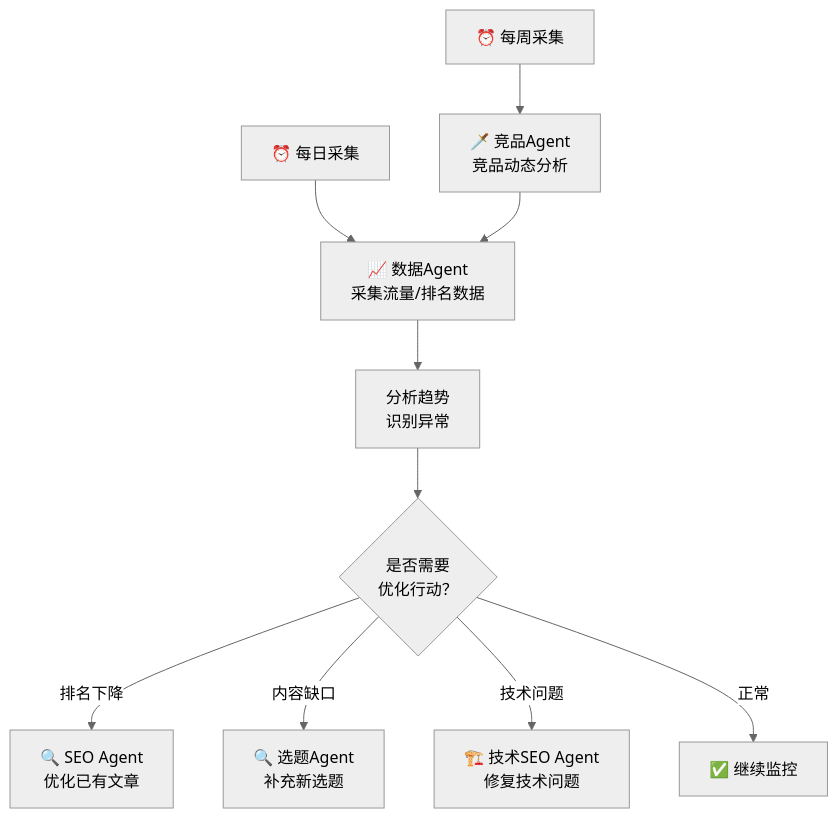
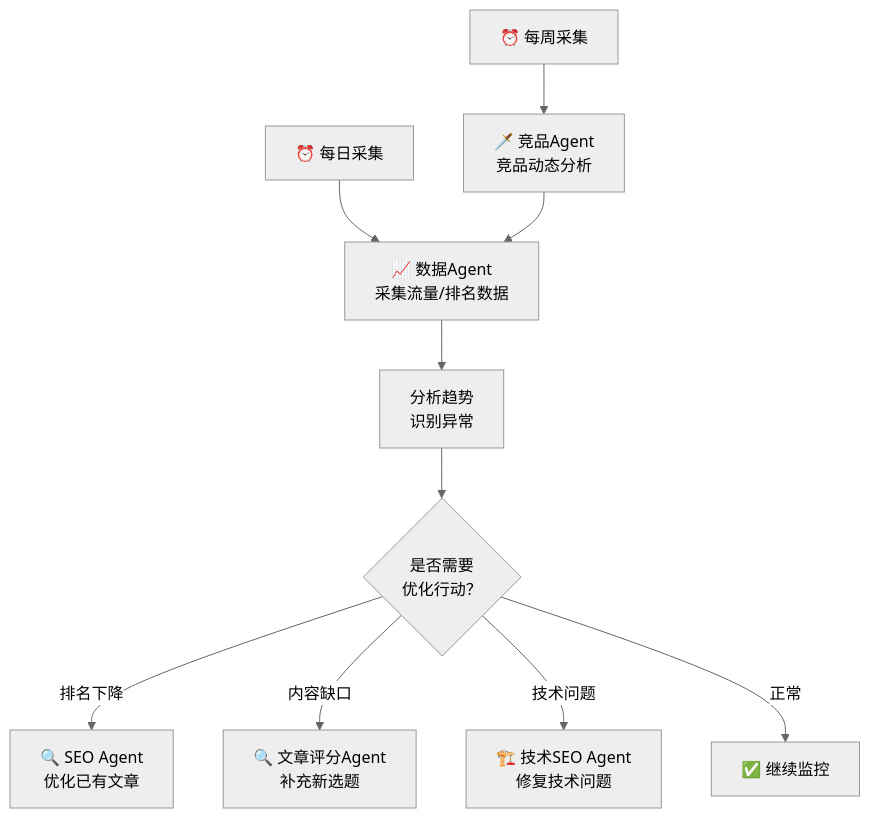
The fourth of 10 diagrams in 多Agent自动运营网站方案.md (flyingsnowzz/Multi-Agent-Automatic-Operation-Website), drawn with Mermaid (neutral theme) before and after one commit. The commit also changed other lines of this file and 49 other files, not shown here.

````diff
--- a/多Agent自动运营网站方案.md
+++ b/多Agent自动运营网站方案.md
@@ -442,13 +442,13 @@
 ```mermaid
 flowchart TB
     DAILY["⏰ 每日采集"] --> DATA["📈 数据Agent<br/>采集流量/排名数据"]
     DATA --> ANALYSIS["分析趋势<br/>识别异常"]
     ANALYSIS --> DECISION{"是否需要<br/>优化行动？"}
     DECISION -->|排名下降| SEO_FIX["🔍 SEO Agent<br/>优化已有文章"]
-    DECISION -->|内容缺口| TOPIC["🔍 选题Agent<br/>补充新选题"]
+    DECISION -->|内容缺口| TOPIC["🔍 文章评分Agent<br/>补充新选题"]
     DECISION -->|技术问题| TECH_FIX["🏗️ 技术SEO Agent<br/>修复技术问题"]
     DECISION -->|正常| DONE["✅ 继续监控"]
     
     WEEKLY["⏰ 每周采集"] --> COMPETE["🗡️ 竞品Agent<br/>竞品动态分析"]
     COMPETE --> DATA
 ```
````
